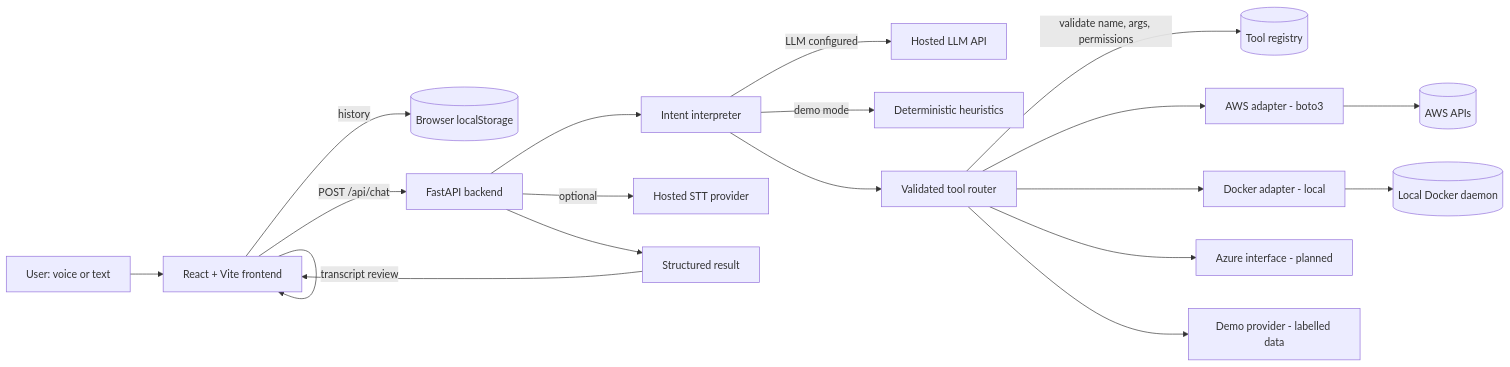
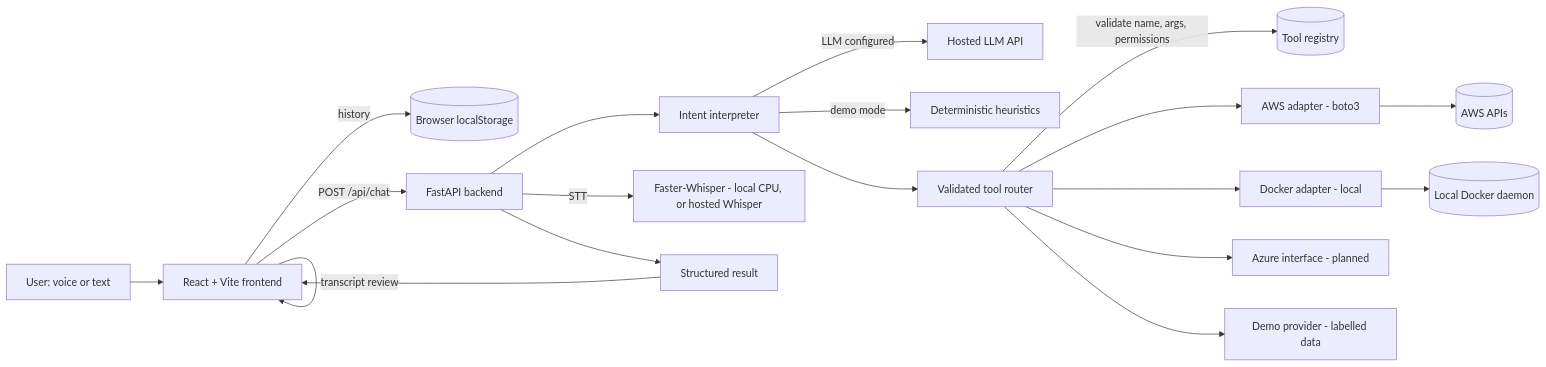
The first of 2 diagrams in README.md (Vicky404-git/Synthia), drawn with Mermaid before and after one commit. The commit also changed other lines of this file and 20 other files, not shown here.

Commit message:
feat(stt): switch default provider to local faster-whisper

````diff
--- a/README.md
+++ b/README.md
@@ -78,25 +79,25 @@
 ```mermaid
 flowchart LR
     U[User: voice or text] --> FE[React + Vite frontend]
     FE -->|transcript review| FE
     FE -->|history| LS[(Browser localStorage)]
     FE -->|POST /api/chat| API[FastAPI backend]
 
     API --> INT[Intent interpreter]
     INT -->|LLM configured| LLM[Hosted LLM API]
     INT -->|demo mode| HEU[Deterministic heuristics]
 
     INT --> ROUTER[Validated tool router]
     ROUTER -->|validate name, args, permissions| REG[(Tool registry)]
     ROUTER --> AWS[AWS adapter - boto3]
     ROUTER --> DOC[Docker adapter - local]
     ROUTER --> AZ[Azure interface - planned]
     ROUTER --> DEMO[Demo provider - labelled data]
 
     AWS --> AWSAPI[(AWS APIs)]
     DOC --> DD[(Local Docker daemon)]
 
-    API -->|optional| STT[Hosted STT provider]
+    API -->|STT| STT[Faster-Whisper - local CPU, or hosted Whisper]
     API --> RESULT[Structured result]
     RESULT --> FE
 ```
````
